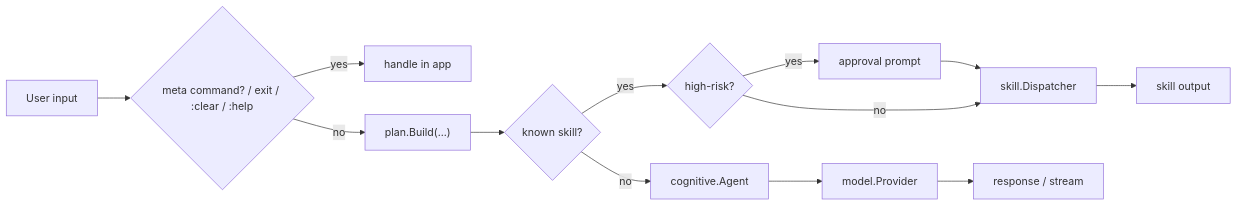
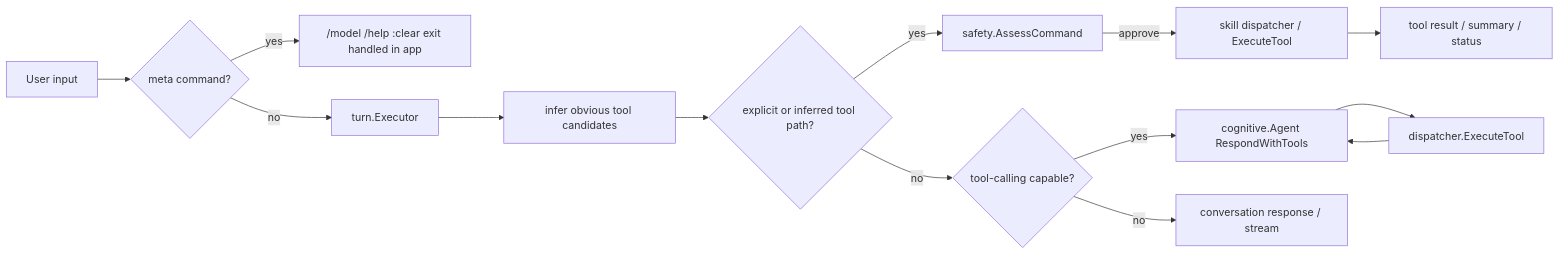
The second of 2 diagrams in docs/architecture-review-aetox-cli.md (Mikedev115/Aetox), drawn with Mermaid before and after one commit. The commit also changed other lines of this file and 1 other file, not shown here.

Commit message:
docs: create architecture review document for Aetox-cli

````diff
--- a/docs/architecture-review-aetox-cli.md
+++ b/docs/architecture-review-aetox-cli.md
@@ -137,15 +185,16 @@
 ```mermaid
 flowchart LR
-    Input["User input"] --> Meta{"meta command? / exit / :clear / :help"}
-    Meta -->|yes| MetaAction["handle in app"]
-    Meta -->|no| Plan["plan.Build(...)"]
-    Plan --> SkillIntent{"known skill?"}
-    SkillIntent -->|yes| Safety{"high-risk?"}
-    Safety -->|yes| Confirm["approval prompt"]
-    Confirm --> Dispatcher["skill.Dispatcher"]
-    Safety -->|no| Dispatcher
-    Dispatcher --> SkillResult["skill output"]
-    SkillIntent -->|no| Agent["cognitive.Agent"]
-    Agent --> Provider["model.Provider"]
-    Provider --> Reply["response / stream"]
+    Input["User input"] --> Meta{"meta command?"}
+    Meta -->|yes| AppMeta["/model /help :clear exit handled in app"]
+    Meta -->|no| Turn["turn.Executor"]
+    Turn --> Infer["infer obvious tool candidates"]
+    Infer --> SkillPath{"explicit or inferred tool path?"}
+    SkillPath -->|yes| Safety["safety.AssessCommand"]
+    Safety -->|approve| SkillExec["skill dispatcher / ExecuteTool"]
+    SkillExec --> Result["tool result / summary / status"]
+    SkillPath -->|no| AgentLoop{"tool-calling capable?"}
+    AgentLoop -->|yes| Agent["cognitive.Agent RespondWithTools"]
+    Agent --> ToolExec["dispatcher.ExecuteTool"]
+    ToolExec --> Agent
+    AgentLoop -->|no| Reply["conversation response / stream"]
 ```
````
